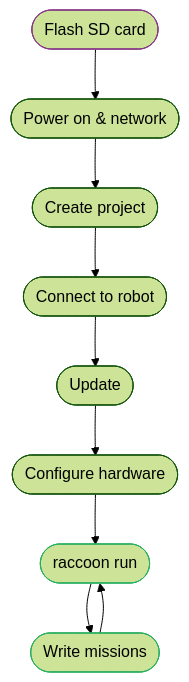
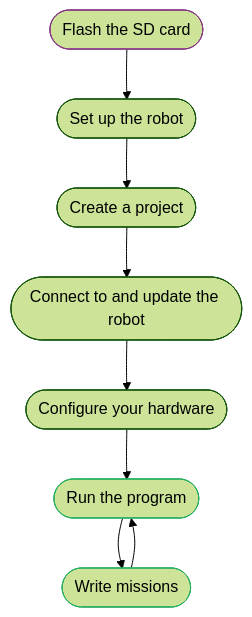
Before and after one commit to htl-stp-ecer/documentation: the diagram in content/00-getting-started/_index.md, drawn with Mermaid (forest theme). The commit also changed other lines of this file and 47 other files, not shown here.

Commit message:
docs: restructure everything properly, overhaul getting started

````diff
--- a/content/00-getting-started/_index.md
+++ b/content/00-getting-started/_index.md
@@ -19,24 +19,22 @@
 ```mermaid
 flowchart TD
-    A([Flash SD card]) --> B([Power on & network])
-    B --> C([Create project])
-    C --> D([Connect to robot])
-    D --> E([Update])
-    E --> F([Configure hardware])
-    F --> G([raccoon run])
-    G --> H([Write missions])
-    H --> G
+    A([Flash the SD card]) --> B([Set up the robot])
+    B --> C([Create a project])
+    C --> D([Connect to and update the robot])
+    D --> E([Configure your hardware])
+    E --> F([Run the program])
+    F --> G([Write missions])
+    G --> F
 
-    click A "/00-getting-started/01-flash-the-sd-card/" "Flash the SD card"
-    click B "/00-getting-started/02-power-on-and-network/" "Power on and network"
-    click C "/00-getting-started/03-create-your-project/" "Create your project"
-    click D "/00-getting-started/04-connect-and-update/" "Connect to the robot"
-    click E "/00-getting-started/04-connect-and-update/" "Update"
-    click F "/00-getting-started/05-configure-your-hardware/" "Configure your hardware"
-    click G "/00-getting-started/06-run-it/" "Run it"
-    click H "/01-programming-guide/01-basics/06-missions/" "Missions"
+    click A "/00-getting-started/01-flash-the-sd-card/"
+    click B "/00-getting-started/02-set-up-the-robot/"
+    click C "/00-getting-started/03-create-a-project/"
+    click D "/00-getting-started/04-connect-and-update/"
+    click E "/00-getting-started/05-configure-your-hardware/"
+    click F "/00-getting-started/06-run-the-program/"
+    click G "/01-programming-guide/01-basics/06-missions/"
 
     style A stroke:#853585
+    style F stroke:#27ae60
     style G stroke:#27ae60
-    style H stroke:#27ae60
 ```
````
